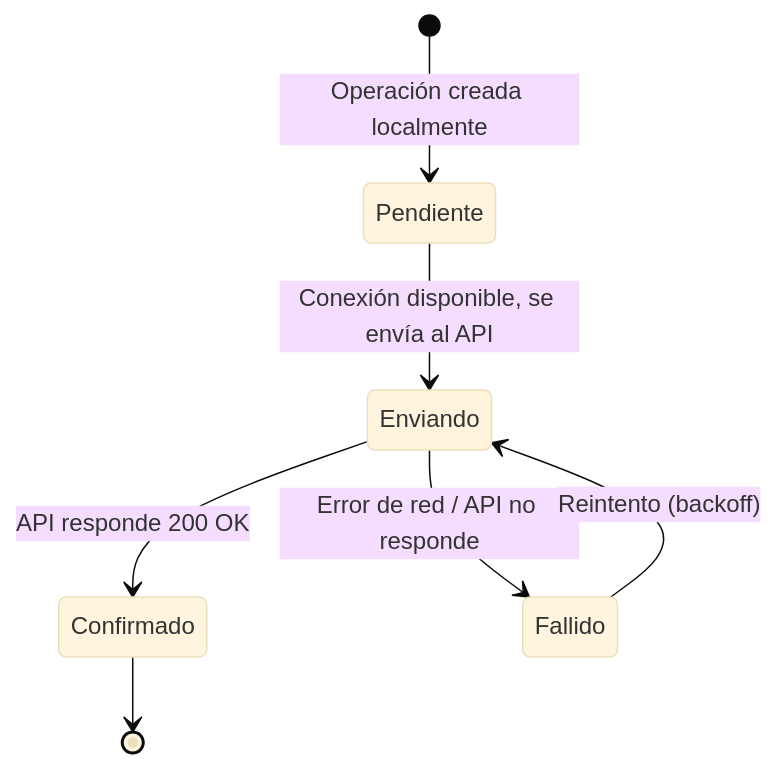
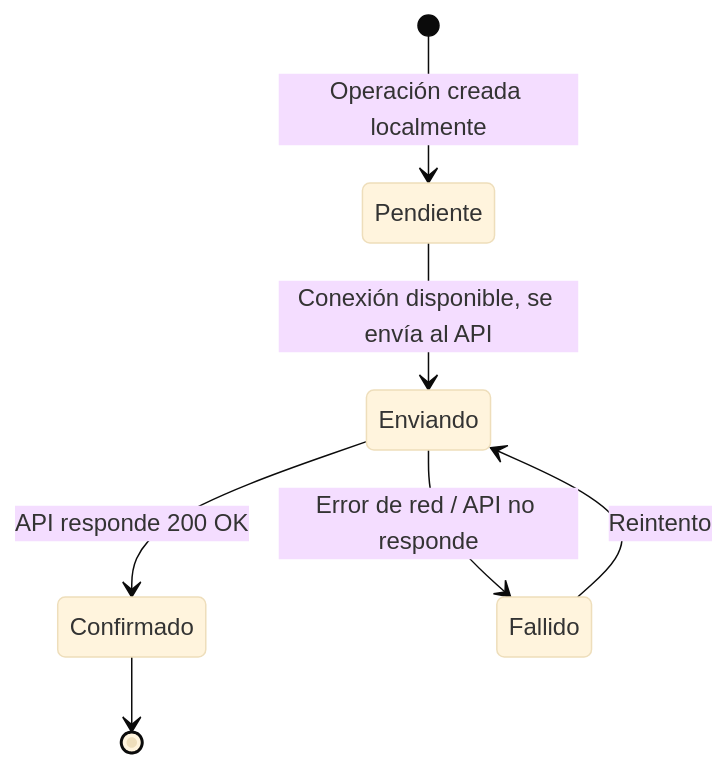
One commit to alexandrafs5/StockBridge changed the sixth of 7 diagrams in docs/arquitectura.md. Above: the diagram before and after it, drawn with Mermaid (base theme). The commit also changed other lines of this file and 1 other file, not shown here.

````diff
--- a/docs/arquitectura.md
+++ b/docs/arquitectura.md
@@ -212,9 +288,9 @@
 ```mermaid
 stateDiagram-v2
     [*] --> Pendiente: Operación creada localmente
     Pendiente --> Enviando: Conexión disponible, se envía al API
     Enviando --> Confirmado: API responde 200 OK
     Enviando --> Fallido: Error de red / API no responde
-    Fallido --> Enviando: Reintento (backoff)
+    Fallido --> Enviando: Reintento
     Confirmado --> [*]
 ```
````
